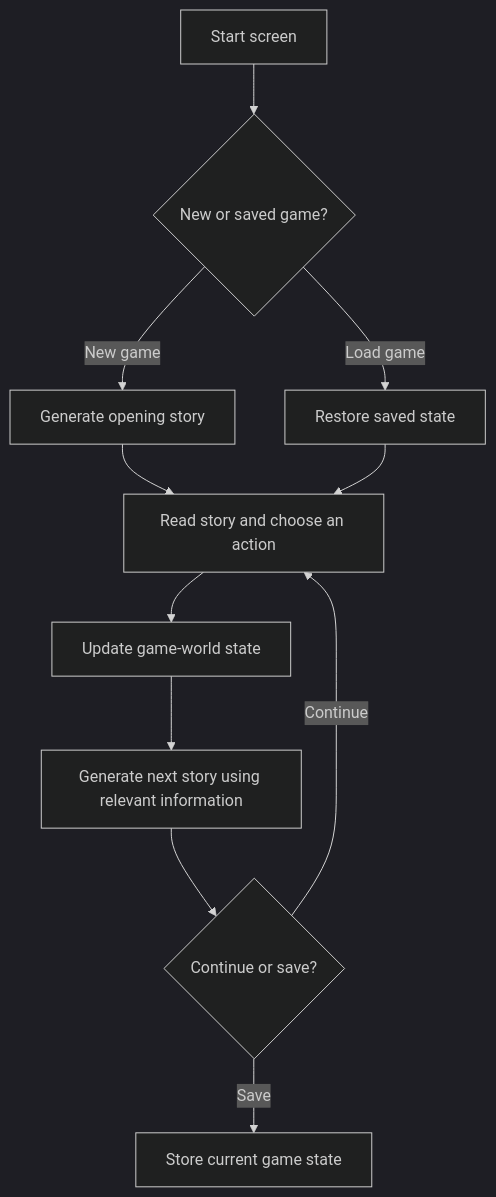
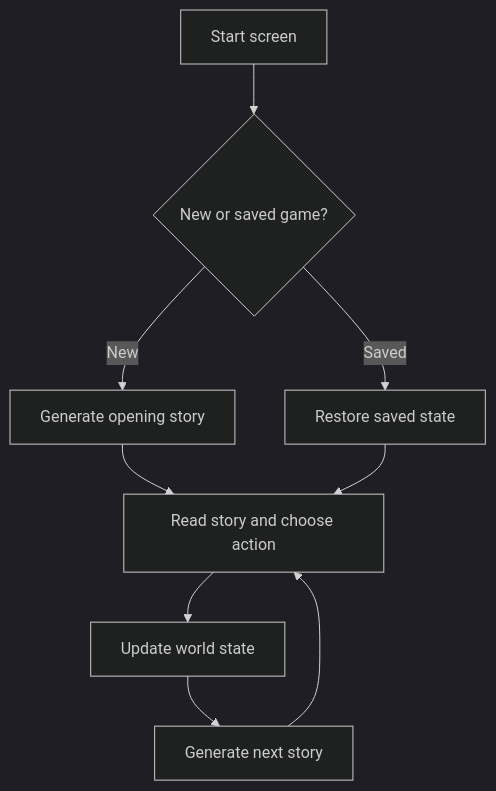
One commit to sodbayarmunkhsaihan-gif/Thesis-2026 changed the second of 3 diagrams in 00-project/application/03-presentation-1.md. Above: the diagram before and after it, drawn with Mermaid (dark theme). The commit also changed other lines of this file, not shown here.

````diff
--- a/00-project/application/03-presentation-1.md
+++ b/00-project/application/03-presentation-1.md
@@ -137,13 +146,11 @@
 ```mermaid
 flowchart TD
     A["Start screen"] --> B{"New or saved game?"}
-    B -->|New game| C["Generate opening story"]
-    B -->|Load game| D["Restore saved state"]
-    C --> E["Read story and choose an action"]
+    B -->|New| C["Generate opening story"]
+    B -->|Saved| D["Restore saved state"]
+    C --> E["Read story and choose action"]
     D --> E
-    E --> F["Update game-world state"]
-    F --> G["Generate next story using relevant information"]
-    G --> H{"Continue or save?"}
-    H -->|Continue| E
-    H -->|Save| I["Store current game state"]
+    E --> F["Update world state"]
+    F --> G["Generate next story"]
+    G --> E
 ```
````
